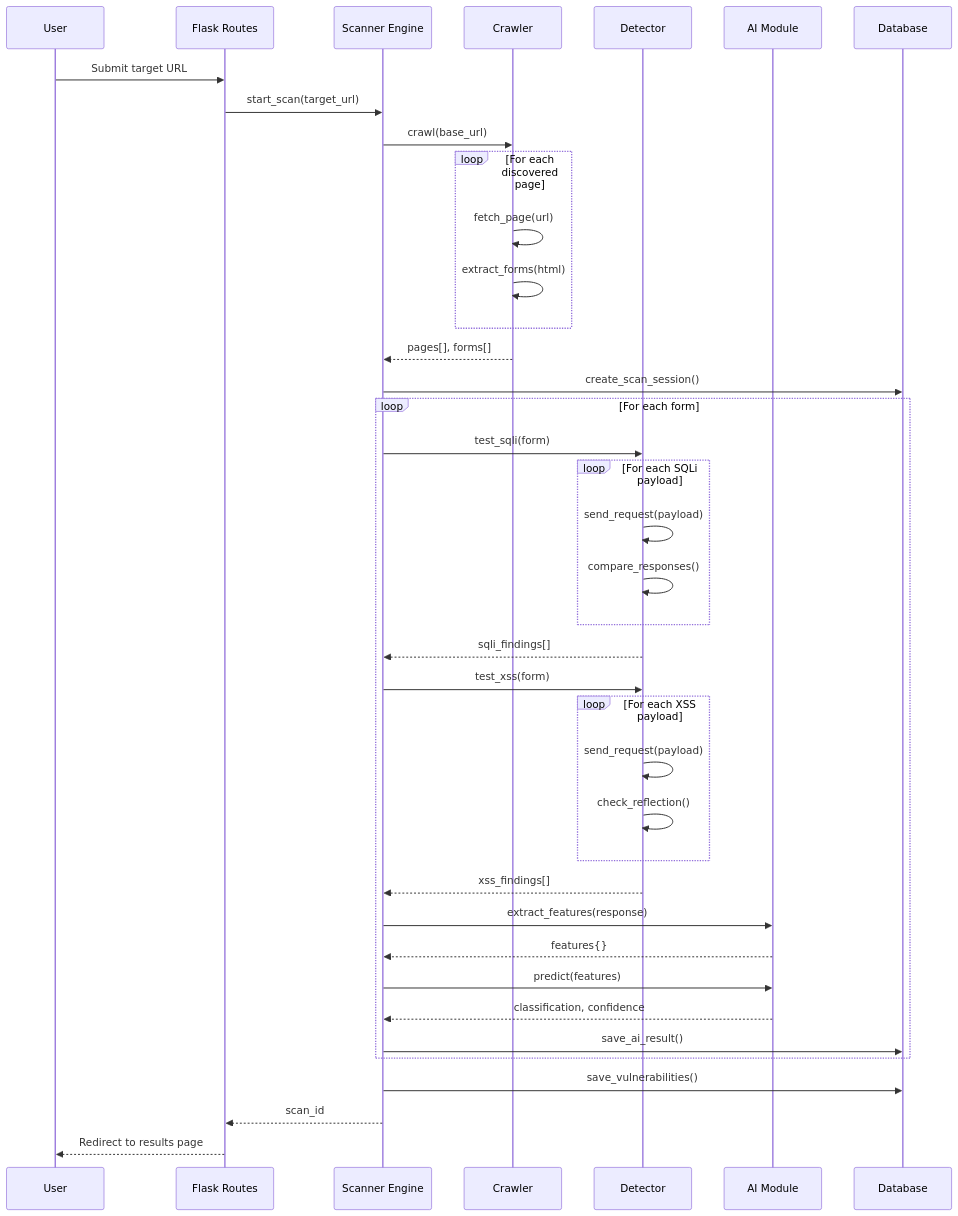
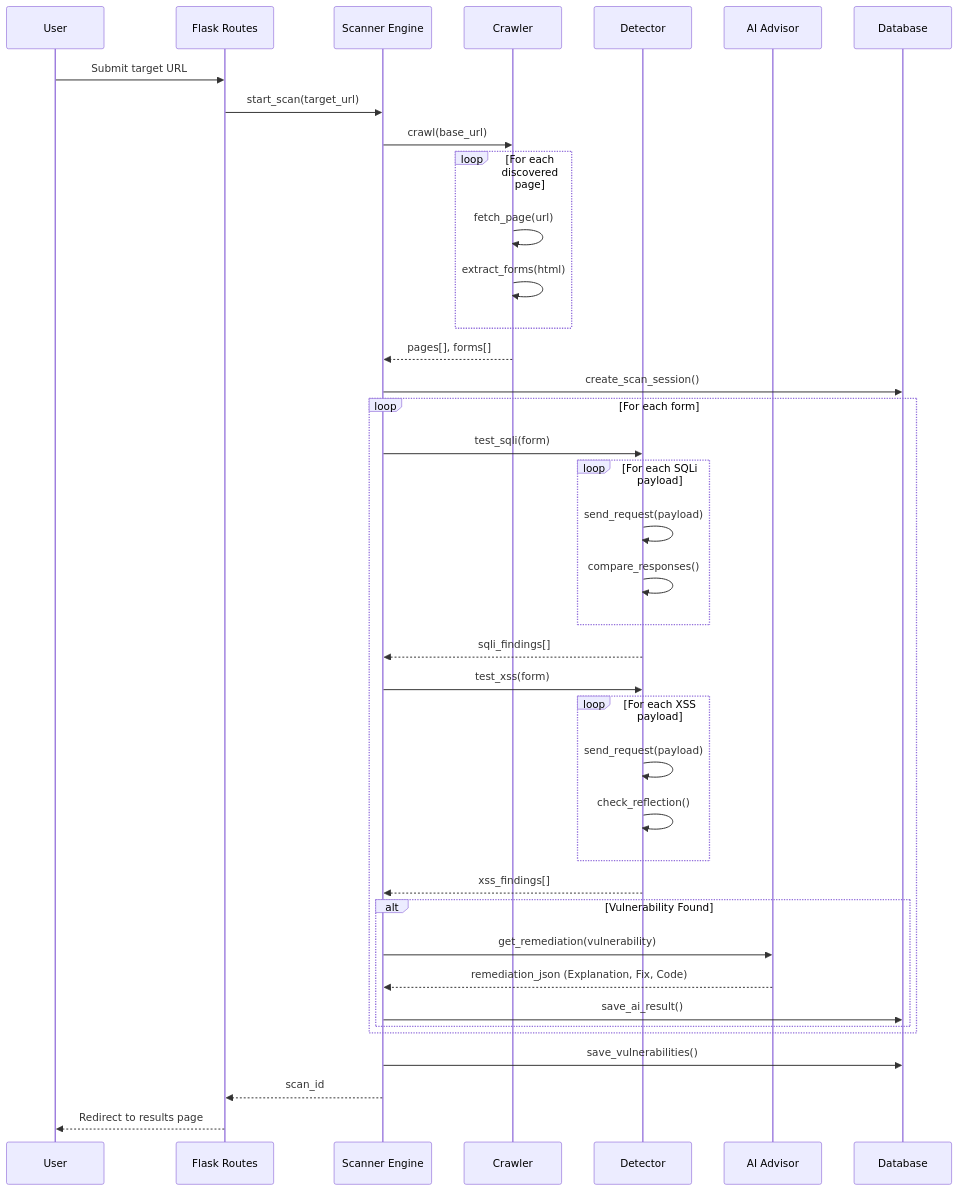
Before and after one commit to longduc205/DoAnII: the third of 4 diagrams in docs/diagrams/architecture.md, drawn with Mermaid. The commit also changed other lines of this file and 7 other files, not shown here.

Commit message:
[UPD] Cập nhật các UML

````diff
--- a/docs/diagrams/architecture.md
+++ b/docs/diagrams/architecture.md
@@ -171,48 +165,48 @@
 ```mermaid
 sequenceDiagram
     participant User
     participant Flask as Flask Routes
     participant Scanner as Scanner Engine
     participant Crawler
     participant Detector
-    participant AI as AI Module
+    participant AI as AI Advisor
     participant DB as Database
 
     User->>Flask: Submit target URL
     Flask->>Scanner: start_scan(target_url)
 
     Scanner->>Crawler: crawl(base_url)
     loop For each discovered page
         Crawler->>Crawler: fetch_page(url)
         Crawler->>Crawler: extract_forms(html)
     end
     Crawler-->>Scanner: pages[], forms[]
 
     Scanner->>DB: create_scan_session()
 
     loop For each form
         Scanner->>Detector: test_sqli(form)
         loop For each SQLi payload
             Detector->>Detector: send_request(payload)
             Detector->>Detector: compare_responses()
         end
         Detector-->>Scanner: sqli_findings[]
 
         Scanner->>Detector: test_xss(form)
         loop For each XSS payload
             Detector->>Detector: send_request(payload)
             Detector->>Detector: check_reflection()
         end
         Detector-->>Scanner: xss_findings[]
 
-        Scanner->>AI: extract_features(response)
-        AI-->>Scanner: features{}
-        Scanner->>AI: predict(features)
-        AI-->>Scanner: classification, confidence
-        Scanner->>DB: save_ai_result()
+        alt Vulnerability Found
+            Scanner->>AI: get_remediation(vulnerability)
+            AI-->>Scanner: remediation_json (Explanation, Fix, Code)
+            Scanner->>DB: save_ai_result()
+        end
     end
 
     Scanner->>DB: save_vulnerabilities()
     Scanner-->>Flask: scan_id
     Flask-->>User: Redirect to results page
 ```
````
